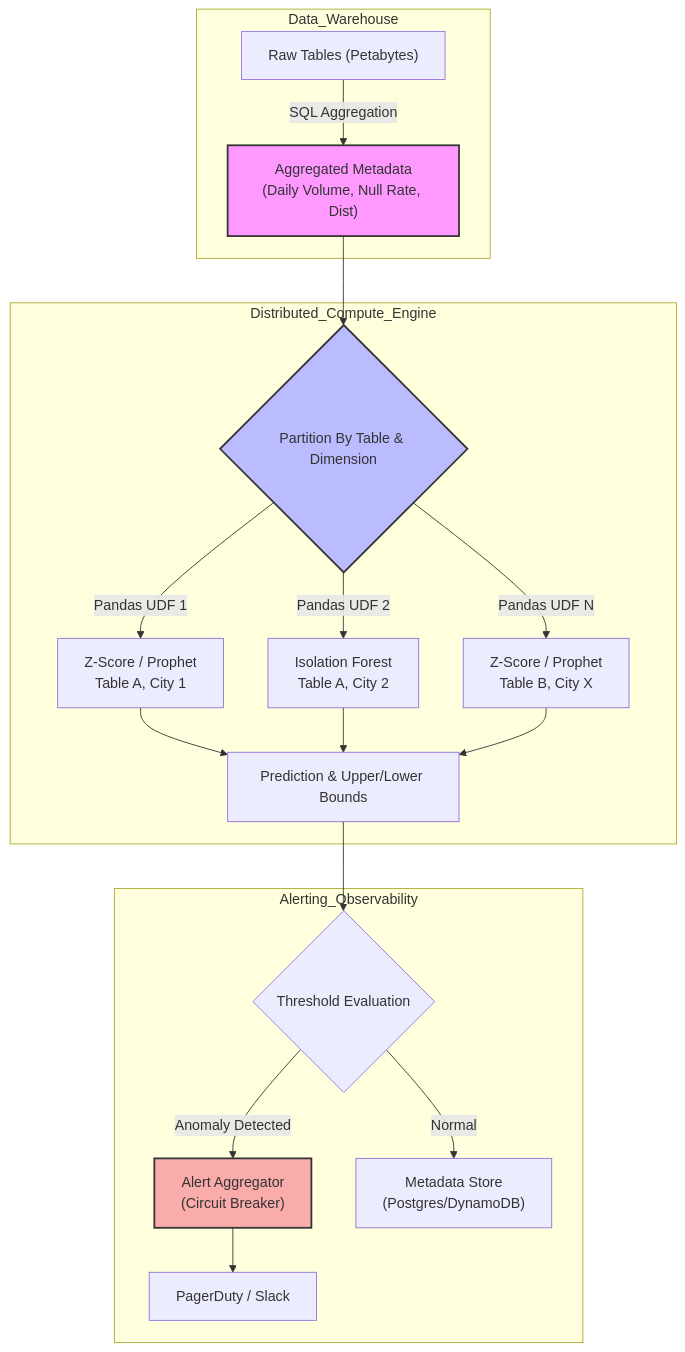
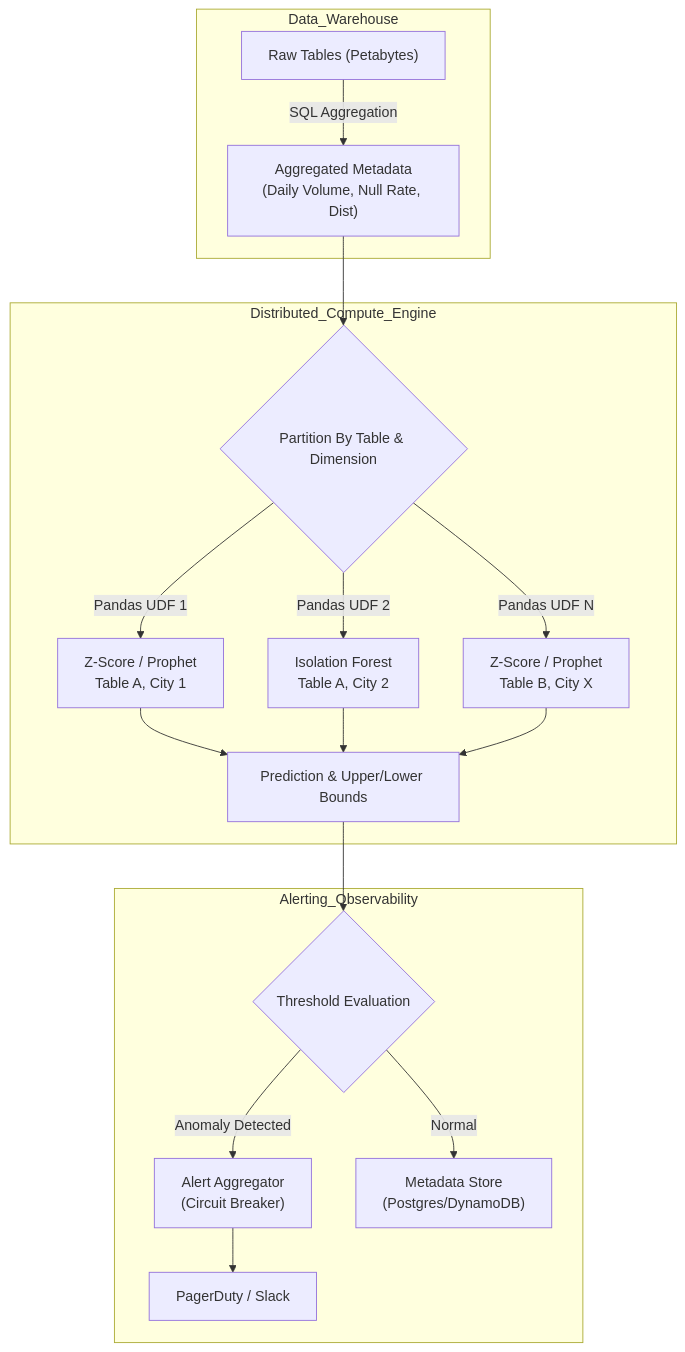
One commit to kythuatdulieu/kythuatdulieu.github.io changed the diagram in src/content/docs/concepts/7-dataops-orchestration-quality/anomaly-detection.md. Above: the diagram before and after it, drawn with Mermaid. The commit also changed 682 other files, not shown here.

````diff
--- a/src/content/docs/concepts/7-dataops-orchestration-quality/anomaly-detection.md
+++ b/src/content/docs/concepts/7-dataops-orchestration-quality/anomaly-detection.md
@@ -24,29 +24,28 @@
 ```mermaid
 graph TD
     subgraph Data_Warehouse
         A["Raw Tables (Petabytes)"] -->|SQL Aggregation| B["Aggregated Metadata\n(Daily Volume, Null Rate, Dist)"]
     end
     
     subgraph Distributed_Compute_Engine
         B --> C{"Partition By Table & Dimension"}
         
         C -->|Pandas UDF 1| D1["Z-Score / Prophet\nTable A, City 1"]
         C -->|Pandas UDF 2| D2["Isolation Forest\nTable A, City 2"]
         C -->|Pandas UDF N| DN["Z-Score / Prophet\nTable B, City X"]
         
         D1 --> E["Prediction & Upper/Lower Bounds"]
         D2 --> E
         DN --> E
     end
     
     subgraph Alerting_Observability
         E --> F{"Threshold Evaluation"}
         F -->|Anomaly Detected| G["Alert Aggregator\n(Circuit Breaker)"]
         G --> H["PagerDuty / Slack"]
         F -->|Normal| I["Metadata Store\n(Postgres/DynamoDB)"]
     end
 
-    style B fill:#f9f,stroke:#333,stroke-width:2px
-    style C fill:#bbf,stroke:#333,stroke-width:2px
-    style G fill:#f9acaa,stroke:#333,stroke-width:2px
+
+
 ```
````
